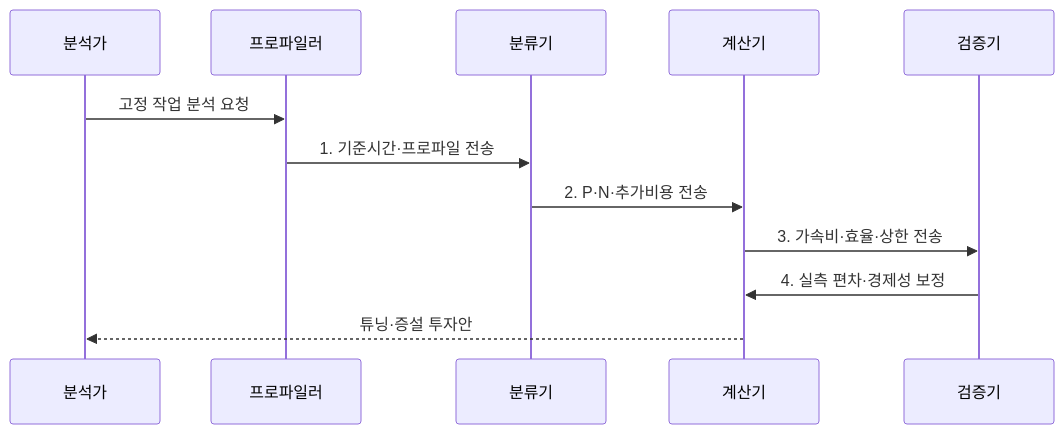
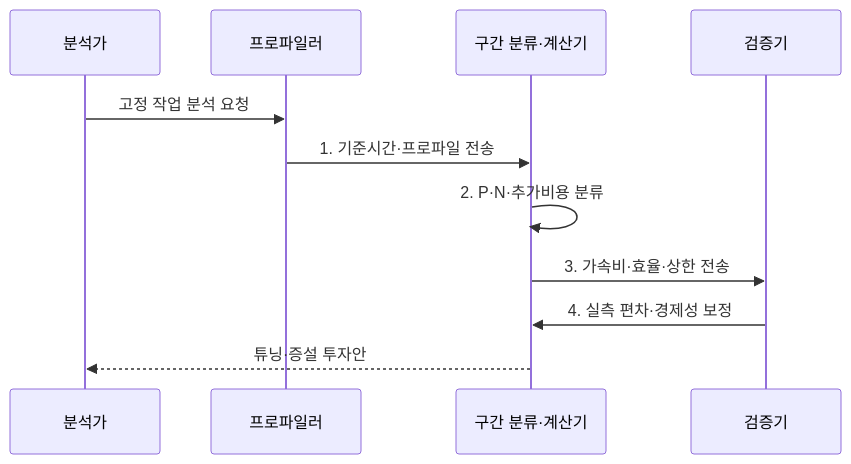
One commit to agnusdei1207/knowledge-base changed the second of 2 diagrams in src/content/docs/notes/06-evaluation/005_amdahls_law.md. Above: the diagram before and after it, drawn with Mermaid. The commit also changed other lines of this file and 6 other files, not shown here.

Commit message:
Simplify evaluation calculation flows

````diff
--- a/src/content/docs/notes/06-evaluation/005_amdahls_law.md
+++ b/src/content/docs/notes/06-evaluation/005_amdahls_law.md
@@ -96,14 +96,13 @@
 ```mermaid
 sequenceDiagram
   participant A as 분석가
   participant P as 프로파일러
-  participant M as 분류기
-  participant C as 계산기
+  participant C as 구간 분류·계산기
   participant V as 검증기
   A->>P: 고정 작업 분석 요청
-  P->>M: 1. 기준시간·프로파일 전송
-  M->>C: 2. P·N·추가비용 전송
+  P->>C: 1. 기준시간·프로파일 전송
+  C->>C: 2. P·N·추가비용 분류
   C->>V: 3. 가속비·효율·상한 전송
   V->>C: 4. 실측 편차·경제성 보정
   C-->>A: 튜닝·증설 투자안
 ```
````
